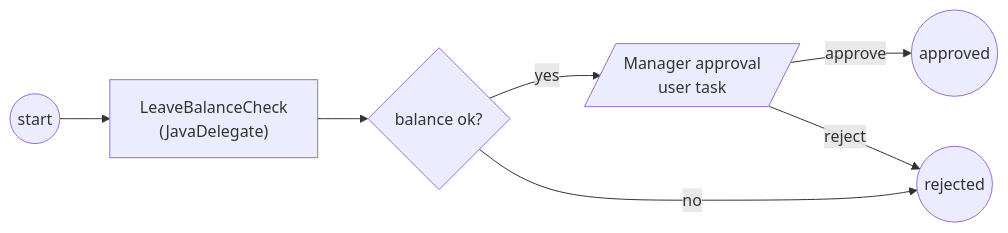
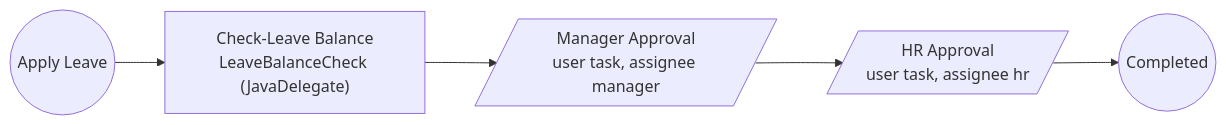
One commit to himnay/learning-camunda changed the fourth of 5 diagrams in README.md. Above: the diagram before and after it, drawn with Mermaid. The commit also changed other lines of this file and 4 other files, not shown here.

````diff
--- a/README.md
+++ b/README.md
@@ -177,9 +177,7 @@
 ```mermaid
 flowchart LR
-    S((start)) --> B["LeaveBalanceCheck<br/>(JavaDelegate)"]
-    B --> G{balance ok?}
-    G -->|yes| M[/Manager approval<br/>user task/]
-    G -->|no| R((rejected))
-    M -->|approve| A((approved))
-    M -->|reject| R
+    S(("Apply Leave")) --> B["Check-Leave Balance<br/>LeaveBalanceCheck (JavaDelegate)"]
+    B --> M[/"Manager Approval<br/>user task, assignee manager"/]
+    M --> H[/"HR Approval<br/>user task, assignee hr"/]
+    H --> E(("Completed"))
 ```
````
